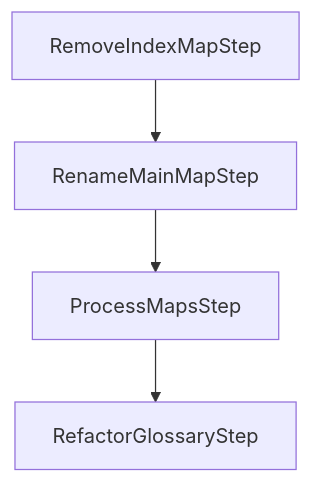
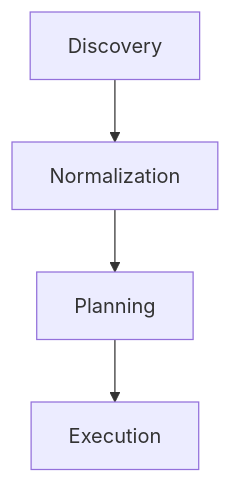
Before and after one commit to mattbriggs/dita_package_processor: the fifth of 5 diagrams in docs/hardening.md, drawn with Mermaid. The commit also changed other lines of this file and 18 other files, not shown here.

````diff
--- a/docs/hardening.md
+++ b/docs/hardening.md
@@ -207,6 +207,6 @@
 ```mermaid
 flowchart TD
-    A[RemoveIndexMapStep] --> B[RenameMainMapStep]
-    B --> C[ProcessMapsStep]
-    C --> D[RefactorGlossaryStep]
+    A[Discovery] --> B[Normalization]
+    B --> C[Planning]
+    C --> D[Execution]
 ```
````
